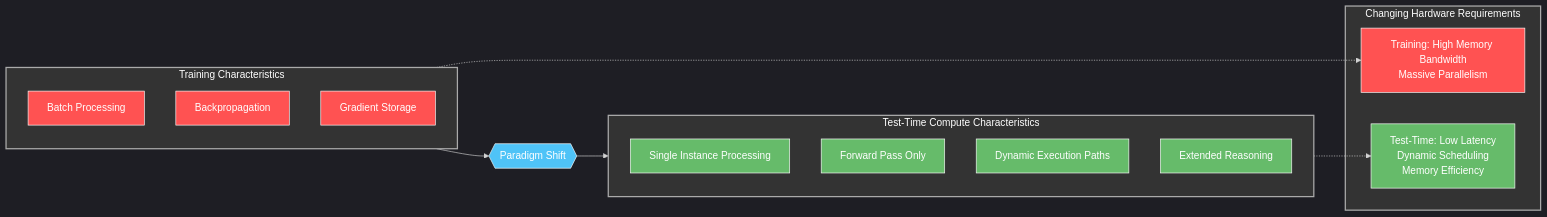
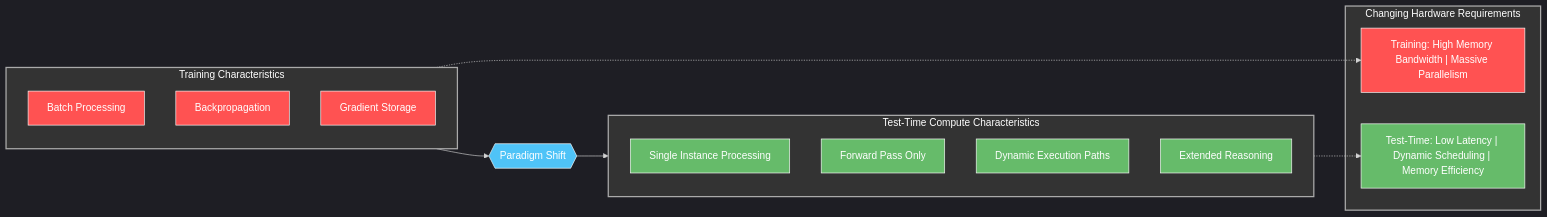
Before and after one commit to houstonhaynes/AD4SDocs: the third of 6 diagrams in 06 SpeakEZs Olivier and Prospero.md, drawn with Mermaid. The commit also changed other lines of this file and 4 other files, not shown here.

Commit message:
Fix mermaid diagrams

````diff
--- a/06 SpeakEZs Olivier and Prospero.md
+++ b/06 SpeakEZs Olivier and Prospero.md
@@ -196,41 +196,41 @@
 ```mermaid
 %%{init: {'theme': 'dark', 'themeVariables': { 'primaryColor': '#242424', 'primaryTextColor': '#fff', 'primaryBorderColor': '#888', 'lineColor': '#d3d3d3', 'secondaryColor': '#2b2b2b', 'tertiaryColor': '#333' }}}%%
 graph LR
     subgraph Training["Training Characteristics"]
         Batch["Batch Processing"]
         BackProp["Backpropagation"]
         GradStore["Gradient Storage"]
     end
     
     subgraph Inference["Test-Time Compute Characteristics"]
         SingleInstance["Single Instance Processing"]
         Forward["Forward Pass Only"]
         DynamicTopology["Dynamic Execution Paths"]
         Reasoning["Extended Reasoning"]
     end
     
     Training --> Shift{{"Paradigm Shift"}}
     Shift --> Inference
     
     subgraph HardwareNeeds["Changing Hardware Requirements"]
-        TrainGPU["Training: High Memory Bandwidth\nMassive Parallelism"]
-        InferenceNeeds["Test-Time: Low Latency\nDynamic Scheduling\nMemory Efficiency"]
+        TrainGPU["Training: High Memory Bandwidth | Massive Parallelism"]
+        InferenceNeeds["Test-Time: Low Latency | Dynamic Scheduling | Memory Efficiency"]
     end
     
     Training -.-> TrainGPU
     Inference -.-> InferenceNeeds
     
     style Training fill:#333,stroke:#aaa,stroke-width:2px,color:#fff
     style Inference fill:#333,stroke:#aaa,stroke-width:2px,color:#fff
     style HardwareNeeds fill:#333,stroke:#aaa,stroke-width:2px,color:#fff
     style Batch fill:#FF5252,stroke:#fff,stroke-width:1px,color:#fff
     style BackProp fill:#FF5252,stroke:#fff,stroke-width:1px,color:#fff
     style GradStore fill:#FF5252,stroke:#fff,stroke-width:1px,color:#fff
     style SingleInstance fill:#66BB6A,stroke:#fff,stroke-width:1px,color:#fff
     style Forward fill:#66BB6A,stroke:#fff,stroke-width:1px,color:#fff
     style DynamicTopology fill:#66BB6A,stroke:#fff,stroke-width:1px,color:#fff
     style Reasoning fill:#66BB6A,stroke:#fff,stroke-width:1px,color:#fff
     style Shift fill:#4FC3F7,stroke:#fff,stroke-width:1px,color:#fff
     style TrainGPU fill:#FF5252,stroke:#fff,stroke-width:1px,color:#fff
     style InferenceNeeds fill:#66BB6A,stroke:#fff,stroke-width:1px,color:#fff
 ```
````
